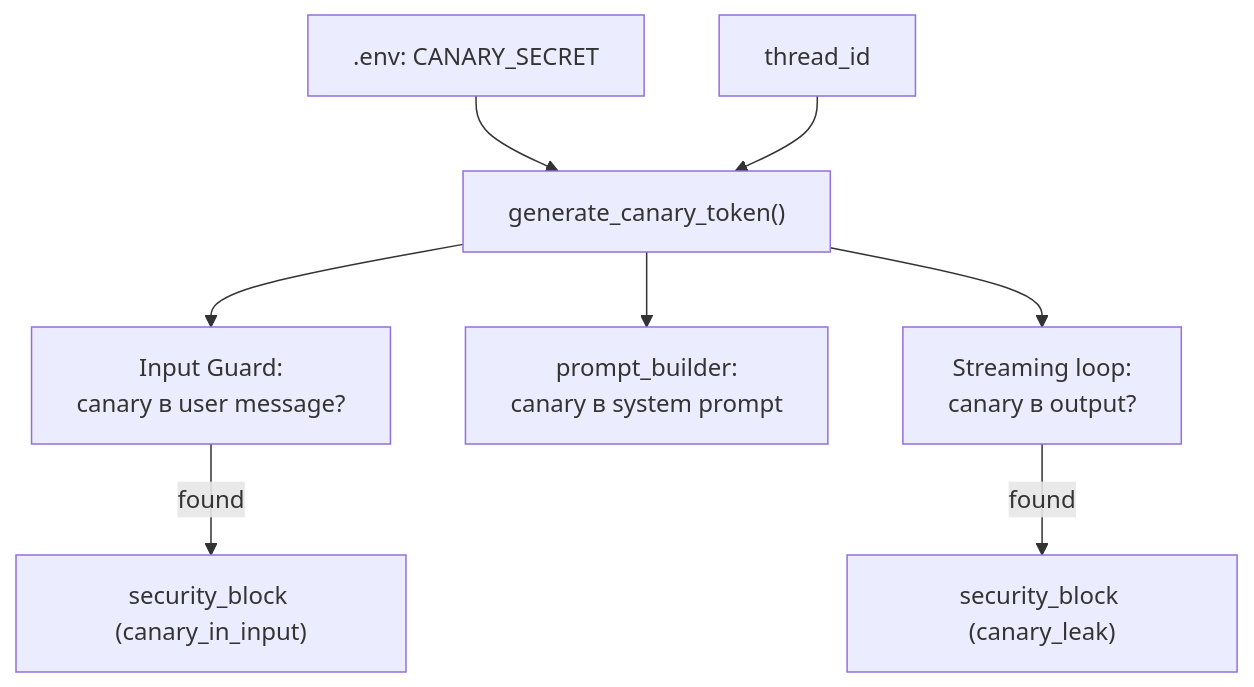
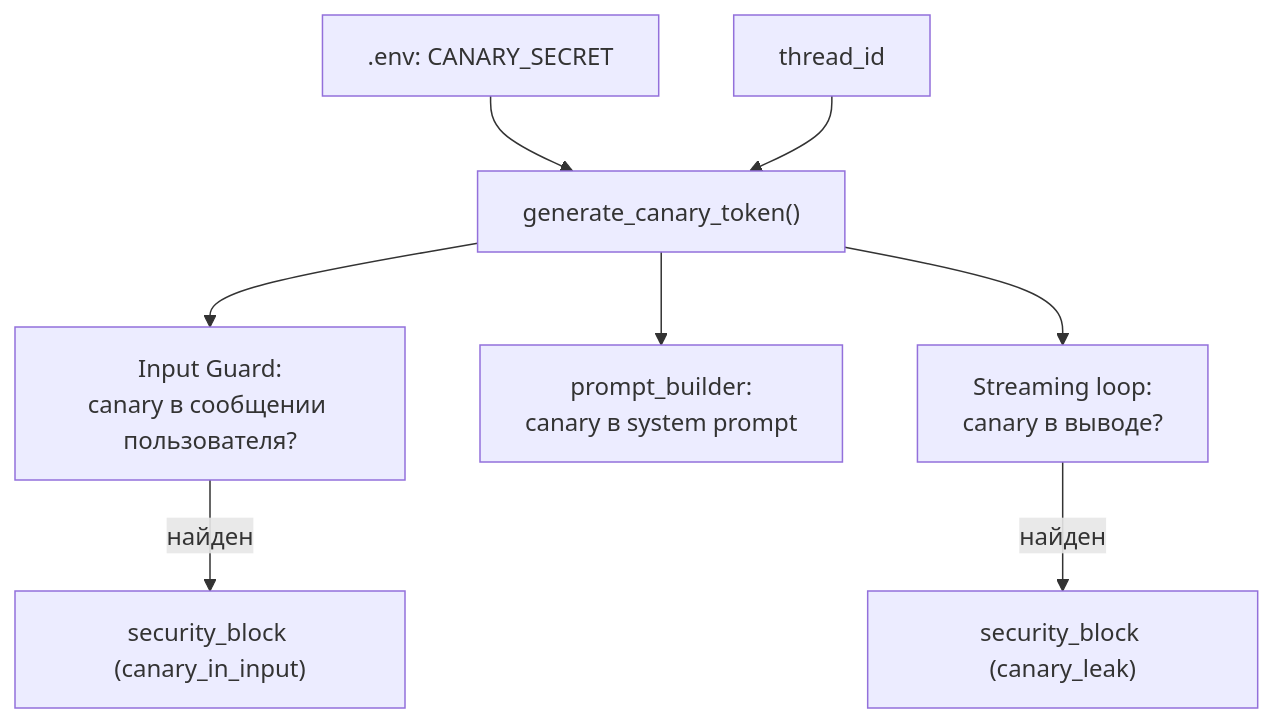
The fourth of 4 diagrams in doc/security/architecture.md (Bbar0n234/learnflow-ai), drawn with Mermaid before and after one commit. The commit also changed other lines of this file and 1 other file, not shown here.

First line of the commit message:
docs(conventions): применимость правил к диаграммам + фикс architecture.md

````diff
--- a/doc/security/architecture.md
+++ b/doc/security/architecture.md
@@ -156,14 +157,14 @@
 ```mermaid
 flowchart TB
     SECRET[".env: CANARY_SECRET"]
     TID["thread_id"]
 
     SECRET & TID --> GEN["generate_canary_token()"]
 
-    GEN --> PRE["Input Guard:<br/>canary в user message?"]
+    GEN --> PRE["Input Guard:<br/>canary в сообщении пользователя?"]
     GEN --> IN["prompt_builder:<br/>canary в system prompt"]
-    GEN --> POST["Streaming loop:<br/>canary в output?"]
+    GEN --> POST["Streaming loop:<br/>canary в выводе?"]
 
-    PRE -->|found| BLOCK1["security_block (canary_in_input)"]
-    POST -->|found| BLOCK2["security_block (canary_leak)"]
+    PRE -->|найден| BLOCK1["security_block (canary_in_input)"]
+    POST -->|найден| BLOCK2["security_block (canary_leak)"]
 ```
````
